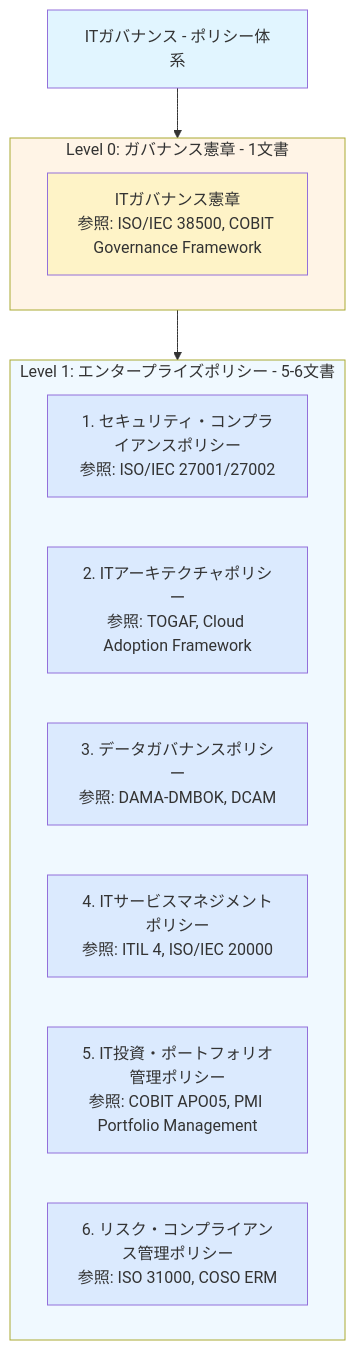
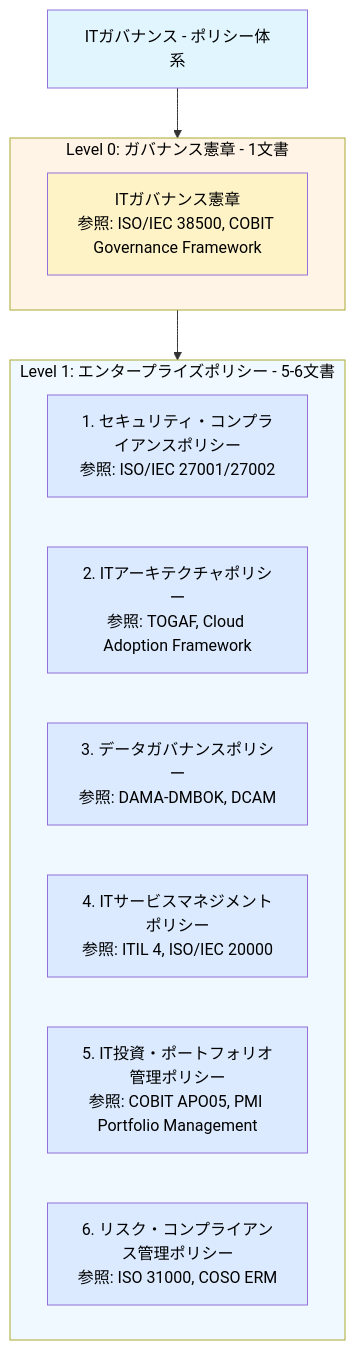
Before and after one commit to hiroyasu-komaki/mydocs: the first of 2 diagrams in guardrails/02_it-governance-policy.md, drawn with Mermaid. The commit also changed other lines of this file and 6 other files, not shown here.

````diff
--- a/guardrails/02_it-governance-policy.md
+++ b/guardrails/02_it-governance-policy.md
@@ -28,32 +28,32 @@
 ```mermaid
 graph TD
     A[ITガバナンス - ポリシー体系]
     
     subgraph Level0 [Level 0: ガバナンス憲章 - 1文書]
         B[ITガバナンス憲章<br/>参照: ISO/IEC 38500, COBIT Governance Framework]
     end
     
     subgraph Level1 [Level 1: エンタープライズポリシー - 5-6文書]
         C1[1. セキュリティ・コンプライアンスポリシー<br/>参照: ISO/IEC 27001/27002]
         C2[2. ITアーキテクチャポリシー<br/>参照: TOGAF, Cloud Adoption Framework]
         C3[3. データガバナンスポリシー<br/>参照: DAMA-DMBOK, DCAM]
         C4[4. ITサービスマネジメントポリシー<br/>参照: ITIL 4, ISO/IEC 20000]
         C5[5. IT投資・ポートフォリオ管理ポリシー<br/>参照: COBIT APO05, PMI Portfolio Management]
         C6[6. リスク・コンプライアンス管理ポリシー<br/>参照: ISO 31000, COSO ERM]
     end
     
     A --> Level0
     Level0 --> Level1
     
-    style A fill:#e1f5ff
-    style Level0 fill:#fff4e6
-    style Level1 fill:#f0f9ff
-    style B fill:#fef3c7
-    style C1 fill:#dbeafe
-    style C2 fill:#dbeafe
-    style C3 fill:#dbeafe
-    style C4 fill:#dbeafe
-    style C5 fill:#dbeafe
-    style C6 fill:#dbeafe
+    style A fill:#e1f5ff,color:#000
+    style Level0 fill:#fff4e6,color:#000
+    style Level1 fill:#f0f9ff,color:#000
+    style B fill:#fef3c7,color:#000
+    style C1 fill:#dbeafe,color:#000
+    style C2 fill:#dbeafe,color:#000
+    style C3 fill:#dbeafe,color:#000
+    style C4 fill:#dbeafe,color:#000
+    style C5 fill:#dbeafe,color:#000
+    style C6 fill:#dbeafe,color:#000
 
 ```
````
